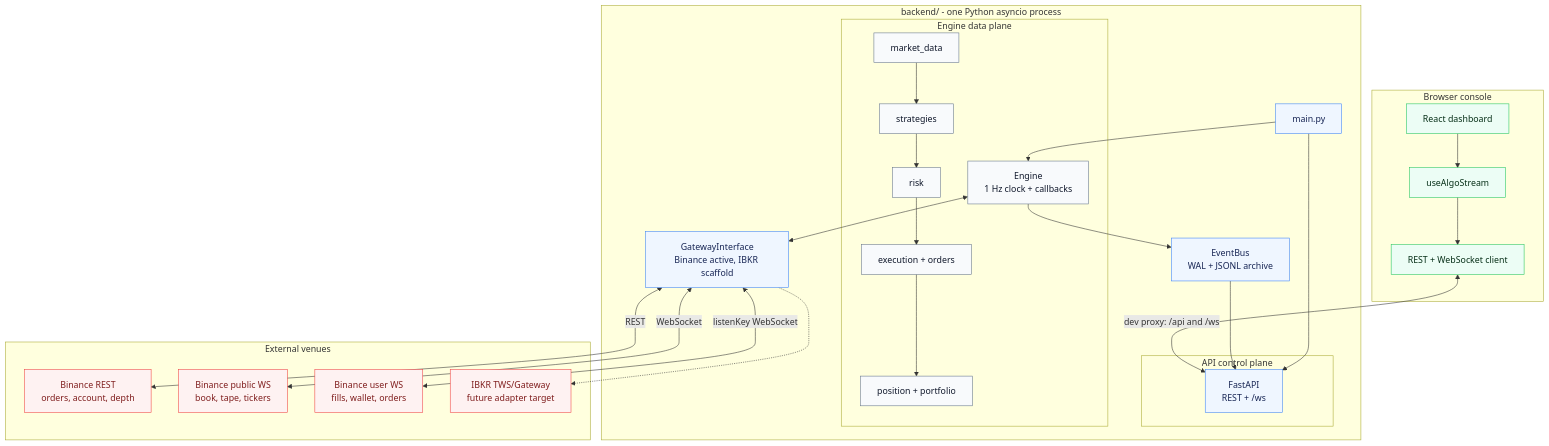
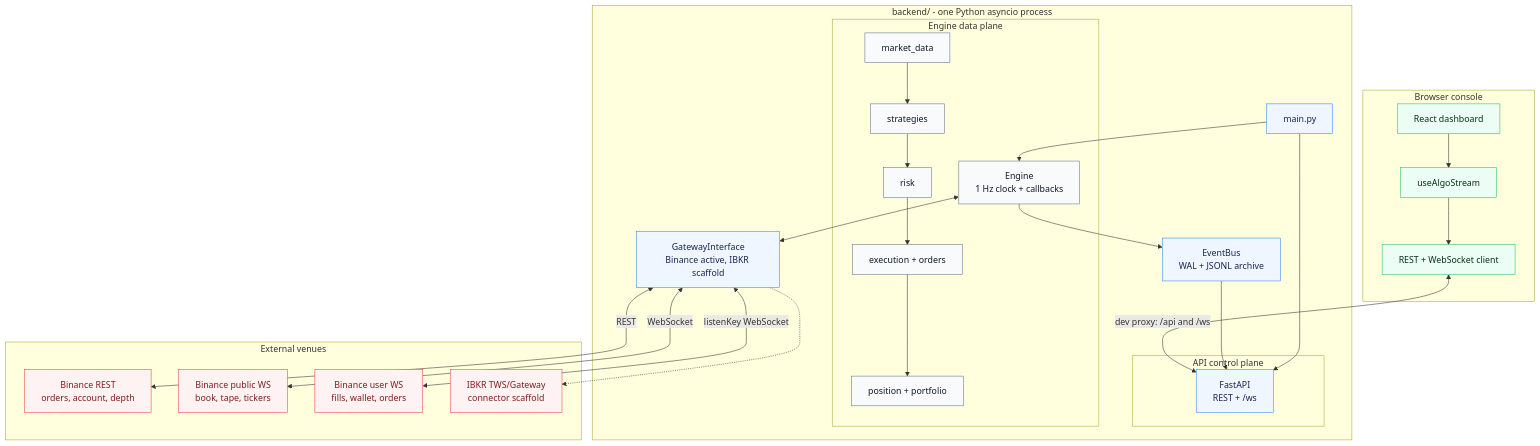
One commit to Zendragon98/algo-trading-hub changed the second of 8 diagrams in README.md. Above: the diagram before and after it, drawn with Mermaid. The commit also changed other lines of this file and 9 other files, not shown here.

Commit message:
Align architecture diagrams with implementation

````diff
--- a/README.md
+++ b/README.md
@@ -478,50 +478,50 @@
 ```mermaid
 flowchart TB
     subgraph Browser["Browser console"]
         UI["React dashboard"]
         HOOK["useAlgoStream"]
         CLIENT["REST + WebSocket client"]
         UI --> HOOK --> CLIENT
     end
 
     subgraph Backend["backend/ - one Python asyncio process"]
         MAIN["main.py"]
         subgraph API["API control plane"]
             FAST["FastAPI<br/>REST + /ws"]
         end
         subgraph Core["Engine data plane"]
             ENG["Engine<br/>1 Hz clock + callbacks"]
             MD["market_data"] --> ST["strategies"] --> RK["risk"]
             RK --> EX["execution + orders"] --> POS["position + portfolio"]
         end
         GW["GatewayInterface<br/>Binance active, IBKR scaffold"]
         BUS["EventBus<br/>WAL + JSONL archive"]
         MAIN --> ENG
         MAIN --> FAST
         ENG <--> GW
         ENG --> BUS
         BUS --> FAST
     end
 
     subgraph Venue["External venues"]
         REST["Binance REST<br/>orders, account, depth"]
         WS_P["Binance public WS<br/>book, tape, tickers"]
         WS_U["Binance user WS<br/>fills, wallet, orders"]
-        TWS["IBKR TWS/Gateway<br/>future adapter target"]
+        TWS["IBKR TWS/Gateway<br/>connector scaffold"]
     end
 
     CLIENT <-->|"dev proxy: /api and /ws"| FAST
     GW <-->|REST| REST
     GW <-->|WebSocket| WS_P
     GW <-->|listenKey WebSocket| WS_U
     GW -.-> TWS
 
     classDef ui fill:#ecfdf5,stroke:#22c55e,color:#052e16
     classDef backend fill:#eff6ff,stroke:#3b82f6,color:#172554
     classDef engine fill:#f8fafc,stroke:#64748b,color:#0f172a
     classDef venue fill:#fef2f2,stroke:#ef4444,color:#7f1d1d
     class UI,HOOK,CLIENT ui
     class MAIN,FAST,GW,BUS backend
     class ENG,MD,ST,RK,EX,POS engine
     class REST,WS_P,WS_U,TWS venue
 ```
````
